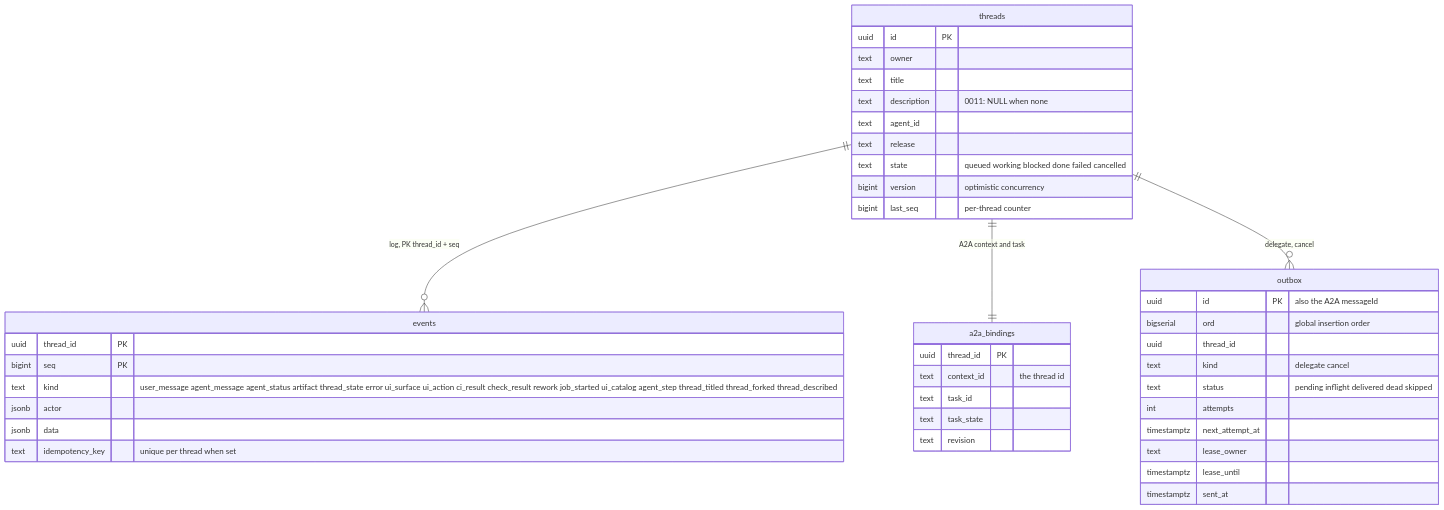
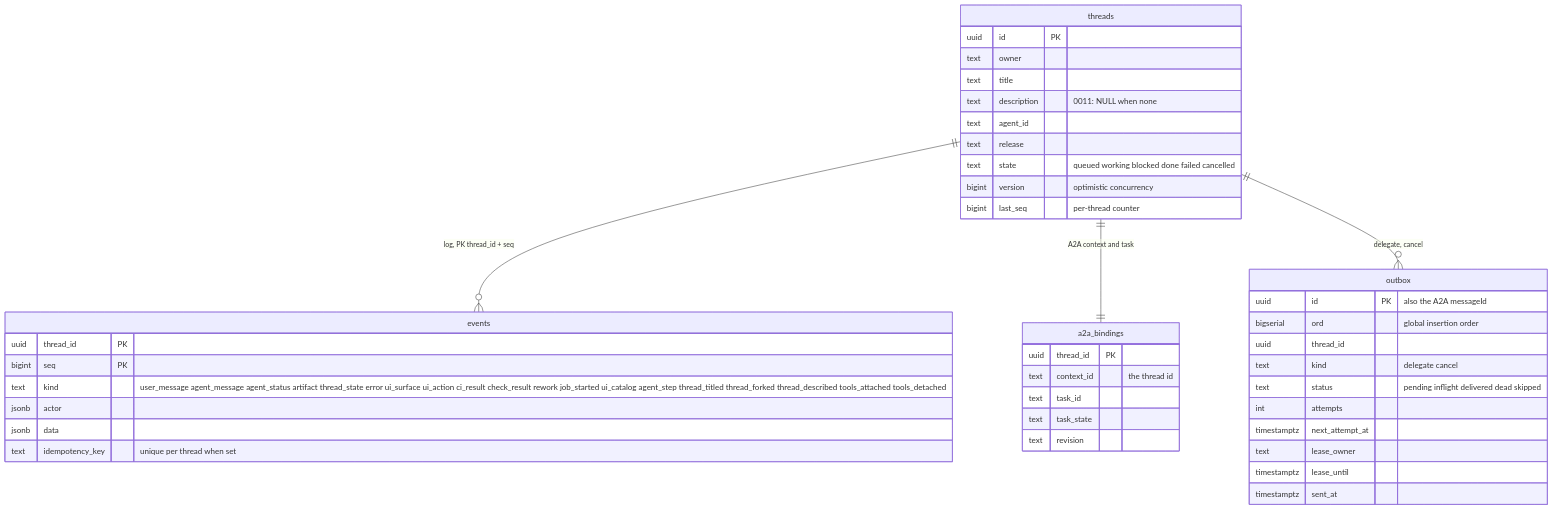
Before and after one commit to vymalo/another-agentic-system: diagram 27 of 32 in docs/orchestrator.md, drawn with Mermaid. The commit also changed other lines of this file and 79 other files, not shown here.

First line of the commit message:
feat: MCP servers attached to a thread (tools_attached, tools_detached) (#116)

````diff
--- a/docs/orchestrator.md
+++ b/docs/orchestrator.md
@@ -1619,44 +1620,44 @@
 ```mermaid
 erDiagram
   threads ||--o{ events : "log, PK thread_id + seq"
   threads ||--|| a2a_bindings : "A2A context and task"
   threads ||--o{ outbox : "delegate, cancel"
   threads {
     uuid id PK
     text owner
     text title
     text description "0011: NULL when none"
     text agent_id
     text release
     text state "queued working blocked done failed cancelled"
     bigint version "optimistic concurrency"
     bigint last_seq "per-thread counter"
   }
   events {
     uuid thread_id PK
     bigint seq PK
-    text kind "user_message agent_message agent_status artifact thread_state error ui_surface ui_action ci_result check_result rework job_started ui_catalog agent_step thread_titled thread_forked thread_described"
+    text kind "user_message agent_message agent_status artifact thread_state error ui_surface ui_action ci_result check_result rework job_started ui_catalog agent_step thread_titled thread_forked thread_described tools_attached tools_detached"
     jsonb actor
     jsonb data
     text idempotency_key "unique per thread when set"
   }
   a2a_bindings {
     uuid thread_id PK
     text context_id "the thread id"
     text task_id
     text task_state
     text revision
   }
   outbox {
     uuid id PK "also the A2A messageId"
     bigserial ord "global insertion order"
     uuid thread_id
     text kind "delegate cancel"
     text status "pending inflight delivered dead skipped"
     int attempts
     timestamptz next_attempt_at
     text lease_owner
     timestamptz lease_until
     timestamptz sent_at
   }
 ```
````
